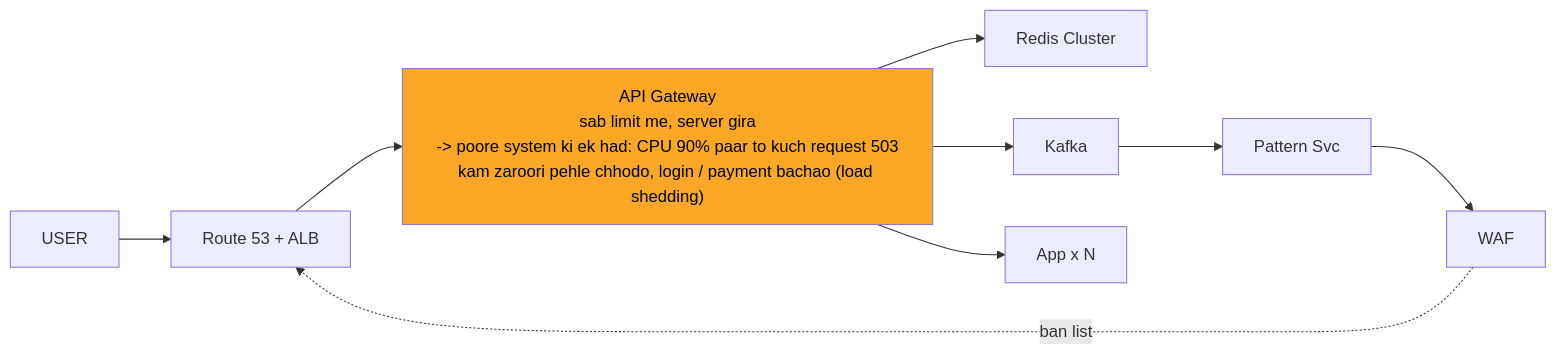
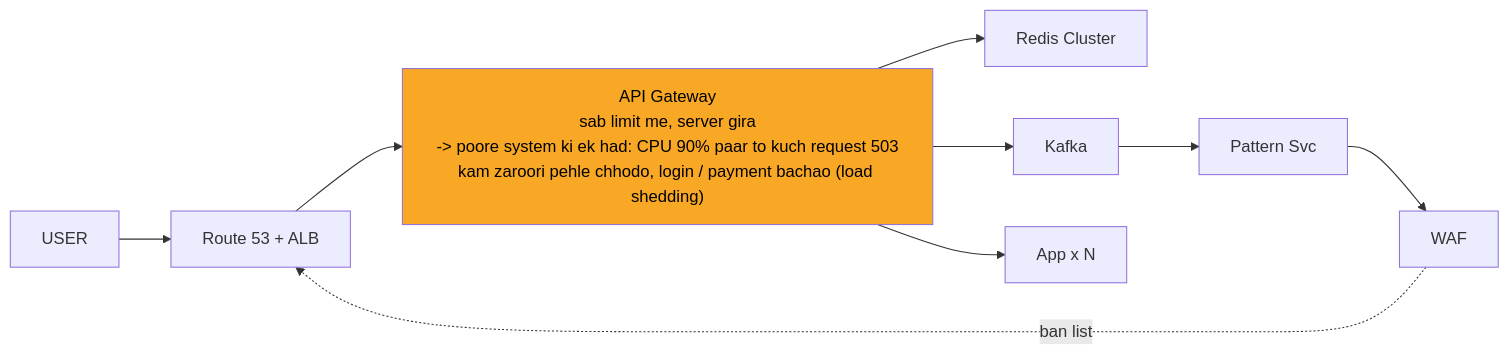
One commit to ArpanMaheshwari144/Prep changed the eighth of 11 diagrams in 04_HLD/SYSTEM_DESIGNS/02_rate_limiter/02_rate_limiter.md. Above: the diagram before and after it, drawn with Mermaid. The commit also changed other lines of this file and 182 other files, not shown here.

Commit message:
hld 14 file: har diagram mermaid-cli se SVG image (source details me), n_pad hataya, render tool 04_HLD/tools

````diff
--- a/04_HLD/SYSTEM_DESIGNS/02_rate_limiter/02_rate_limiter.md
+++ b/04_HLD/SYSTEM_DESIGNS/02_rate_limiter/02_rate_limiter.md
@@ -369,24 +401,21 @@
 ```mermaid
 %%{init: {"flowchart": {"wrappingWidth": 450}}}%%
 flowchart LR
     n_USER["USER"]
     n_EDGE["Route 53 + ALB"]
     n_API_Gateway["API Gateway<br/>sab limit me, server gira<br/>-> poore system ki ek had: CPU 90% paar to kuch request 503<br/>kam zaroori pehle chhodo, login / payment bachao (load shedding)"]
     n_Redis_Cluster["Redis Cluster"]
     n_Kafka["Kafka"]
     n_Pattern_Svc["Pattern Svc"]
     n_WAF["WAF"]
     n_App_xN["App x N"]
     n_EDGE --> n_API_Gateway
     n_API_Gateway --> n_Redis_Cluster
     n_API_Gateway --> n_App_xN
     n_Kafka --> n_Pattern_Svc
     n_Pattern_Svc --> n_WAF
     n_API_Gateway --> n_Kafka
     n_USER --> n_EDGE
     n_WAF -.->|ban list| n_EDGE
-    n_pad["xxxxxxxxxxxxxxxx"]
-    n_App_xN ~~~ n_pad
     style n_API_Gateway fill:#f9a825,color:#000
-    style n_pad fill:none,stroke:none,color:#ffffff00
 ```
````
